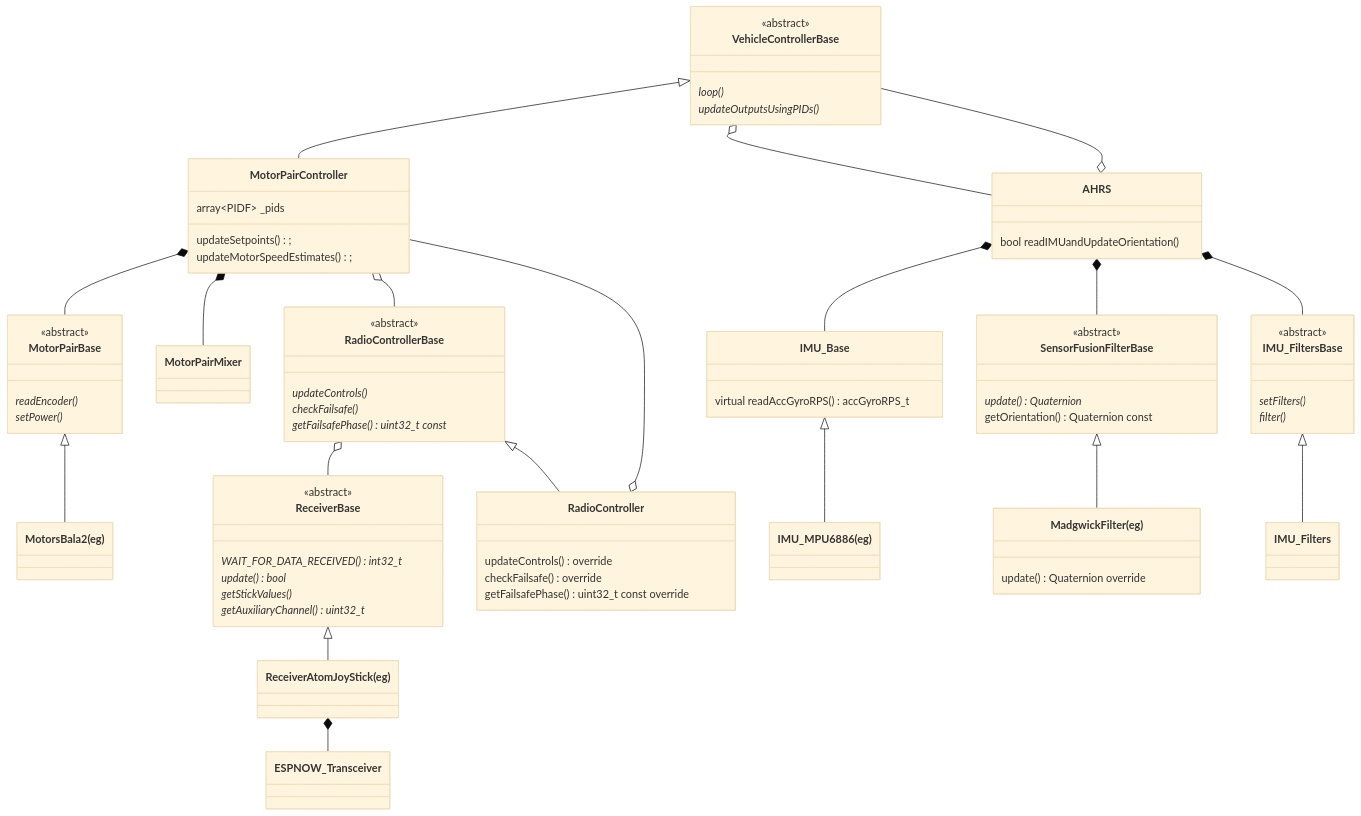
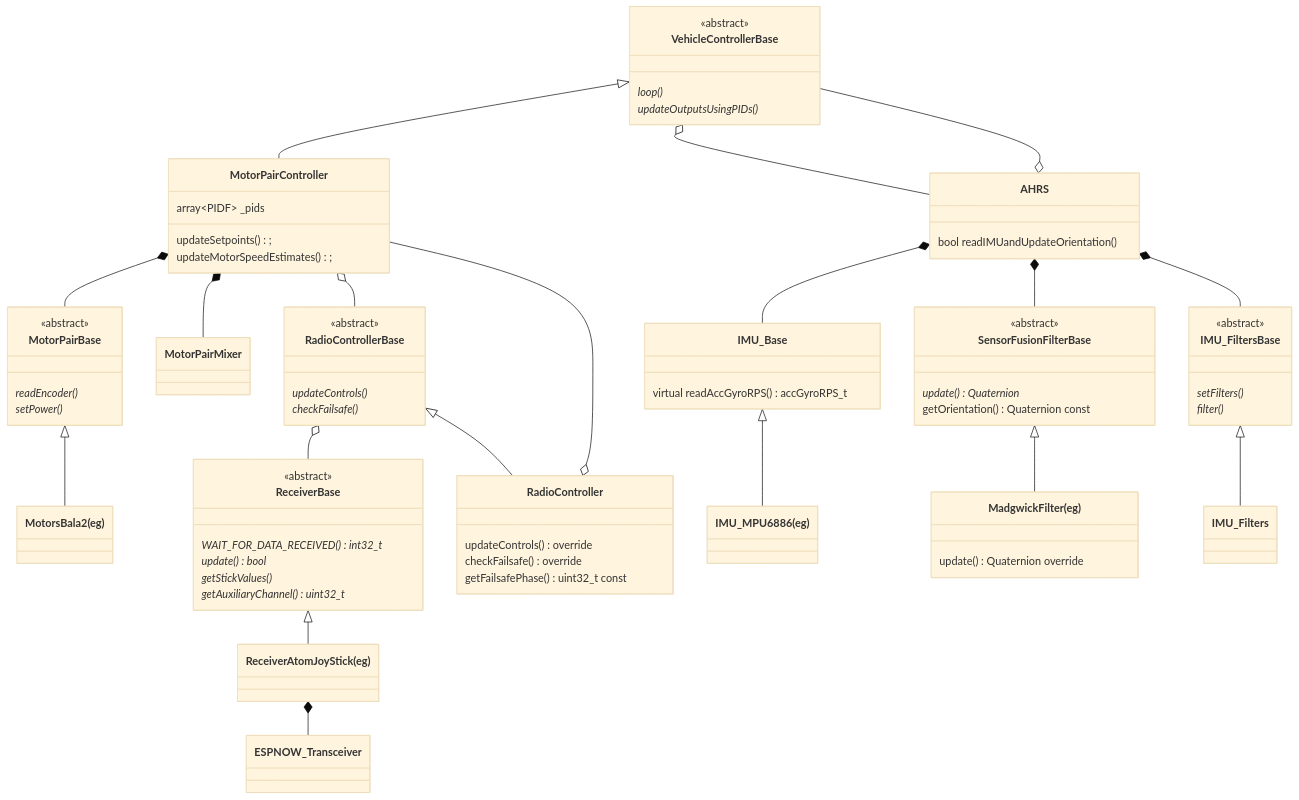
Before and after one commit to martinbudden/SelfBalancingRobot: the first of 2 diagrams in README.md, drawn with Mermaid (base theme). The commit also changed other lines of this file and 17 other files, not shown here.

```diff
--- a/README.md
+++ b/README.md
@@ -136,7 +136,6 @@
         <<abstract>>
         updateControls() *
         checkFailsafe() *
-        getFailsafePhase() uint32_t const *
     }
     link RadioControllerBase "https://github.com/martinbudden/Library-Receiver/blob/main/src/RadioControllerBase.h"
 
@@ -146,7 +145,7 @@
     class RadioController {
         updateControls() override
         checkFailsafe() override
-        getFailsafePhase() uint32_t const override
+        getFailsafePhase() uint32_t const
     }
     link RadioController "https://github.com/martinbudden/SelfBalancingRobot/blob/main/lib/SelfBalancingRobot/src/RadioController.h"
 
```
